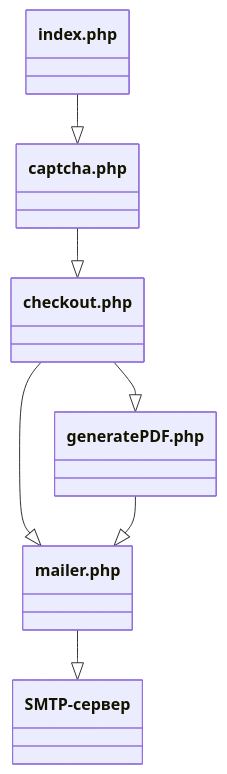
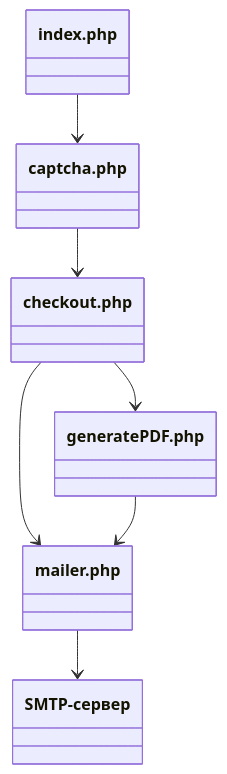
The diagram in README.md (AlexandrAnatoliev/freelance1), drawn with Mermaid before and after one commit. The commit also changed other lines of this file and 2 other files, not shown here.

````diff
--- a/README.md
+++ b/README.md
@@ -212,28 +215,28 @@
 ```mermaid
 classDiagram
   
   class index.php {
   }
 
   class captcha.php {
   }
 
   class checkout.php {
   }
 
   class generatePDF.php {
   }
 
   class mailer.php {
   }
 
   class SMTP-сервер {
   }
 
-  index.php --|> captcha.php
-  captcha.php --|> checkout.php
-  checkout.php --|> generatePDF.php
-  checkout.php --|> mailer.php
-  generatePDF.php --|> mailer.php
-  mailer.php --|> SMTP-сервер
+  index.php --> captcha.php
+  captcha.php --> checkout.php
+  checkout.php --> generatePDF.php
+  checkout.php --> mailer.php
+  generatePDF.php --> mailer.php
+  mailer.php --> SMTP-сервер
 ```
````
